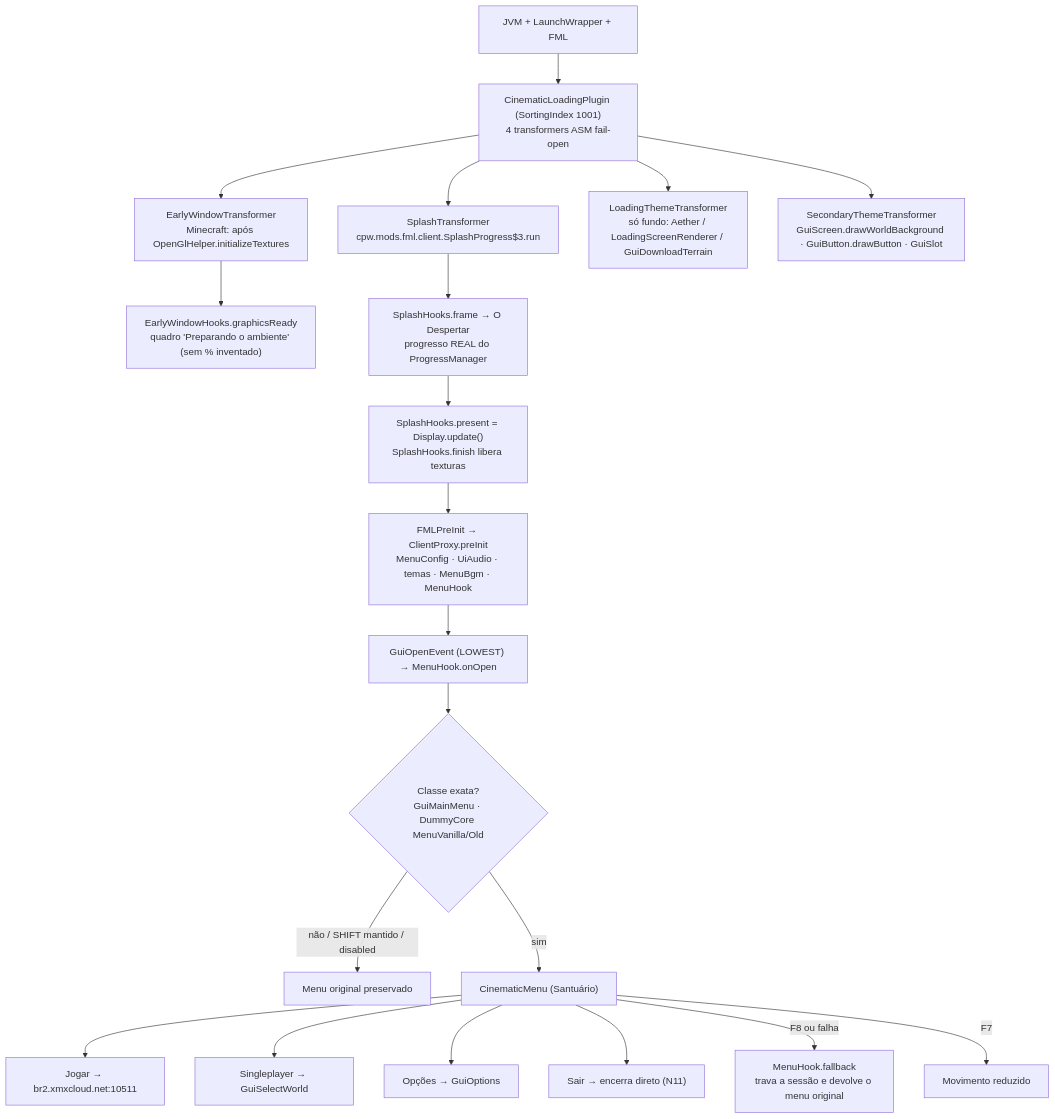
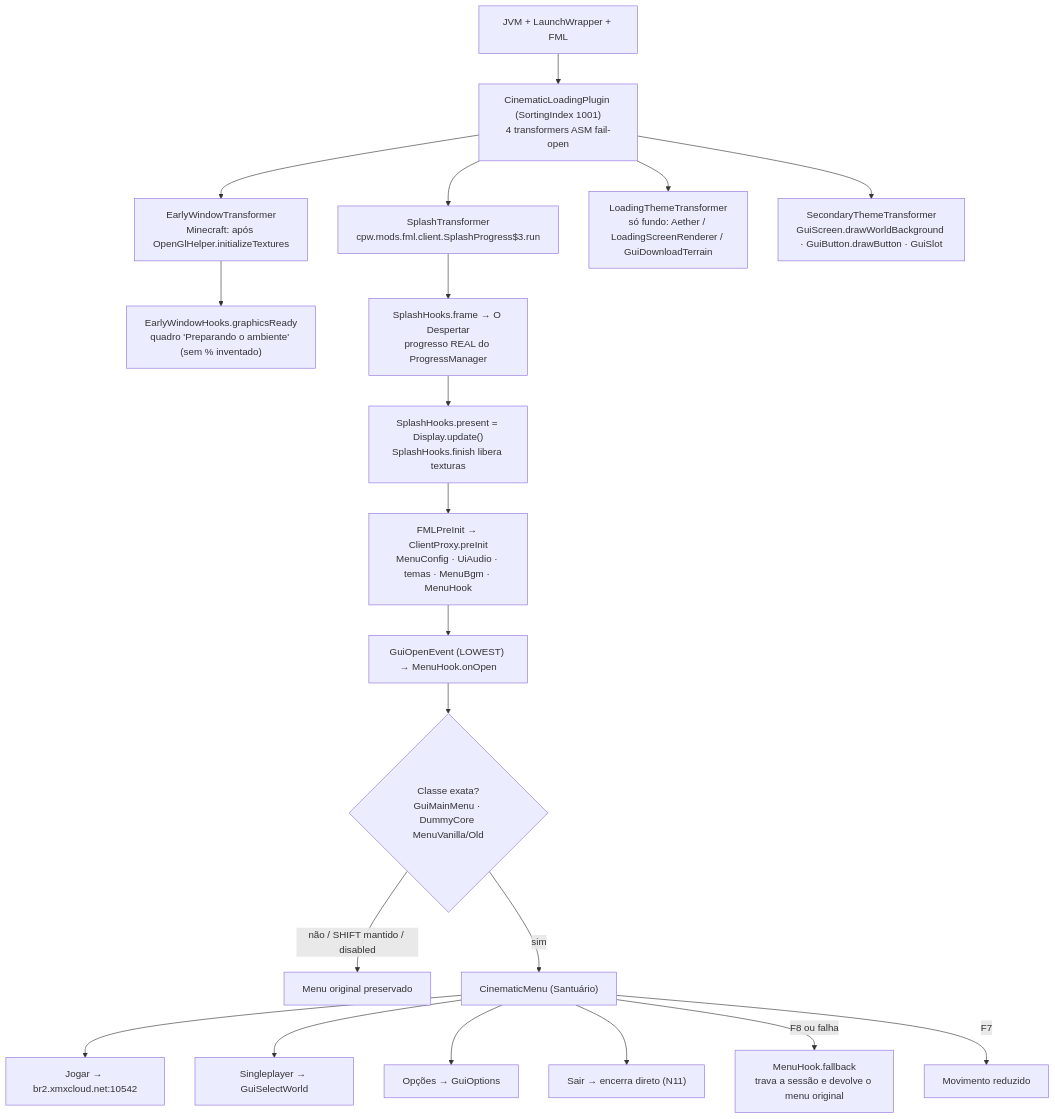
The third of 6 diagrams in docs/FLUXOGRAMA.md (Akashiic/AkashicCinematicMenu), drawn with Mermaid before and after one commit. The commit also changed other lines of this file and 16 other files, not shown here.

First line of the commit message:
feat(jogar): servidor br2.xmxcloud.net:10542 (0.7.0-alpha.10)

````diff
--- a/docs/FLUXOGRAMA.md
+++ b/docs/FLUXOGRAMA.md
@@ -55,22 +55,22 @@
 ```mermaid
 flowchart TD
     JVM["JVM + LaunchWrapper + FML"] --> CP["CinematicLoadingPlugin (SortingIndex 1001)<br/>4 transformers ASM fail-open"]
     CP --> EW["EarlyWindowTransformer<br/>Minecraft: após OpenGlHelper.initializeTextures"]
     EW --> E1["EarlyWindowHooks.graphicsReady<br/>quadro 'Preparando o ambiente' (sem % inventado)"]
     CP --> SP["SplashTransformer<br/>cpw.mods.fml.client.SplashProgress$3.run"]
     SP --> S1["SplashHooks.frame → O Despertar<br/>progresso REAL do ProgressManager"]
     S1 --> S2["SplashHooks.present = Display.update()<br/>SplashHooks.finish libera texturas"]
     CP --> LT["LoadingThemeTransformer<br/>só fundo: Aether / LoadingScreenRenderer / GuiDownloadTerrain"]
     CP --> ST["SecondaryThemeTransformer<br/>GuiScreen.drawWorldBackground · GuiButton.drawButton · GuiSlot"]
     S2 --> PRE["FMLPreInit → ClientProxy.preInit<br/>MenuConfig · UiAudio · temas · MenuBgm · MenuHook"]
     PRE --> GO["GuiOpenEvent (LOWEST) → MenuHook.onOpen"]
     GO --> Q{"Classe exata?<br/>GuiMainMenu · DummyCore MenuVanilla/Old"}
     Q -- "não / SHIFT mantido / disabled" --> ORIG["Menu original preservado"]
     Q -- "sim" --> CM["CinematicMenu (Santuário)"]
-    CM --> A1["Jogar → br2.xmxcloud.net:10511"]
+    CM --> A1["Jogar → br2.xmxcloud.net:10542"]
     CM --> A2["Singleplayer → GuiSelectWorld"]
     CM --> A3["Opções → GuiOptions"]
     CM --> A4["Sair → encerra direto (N11)"]
     CM -- "F8 ou falha" --> FB["MenuHook.fallback<br/>trava a sessão e devolve o menu original"]
     CM -- "F7" --> RM["Movimento reduzido"]
 ```
````
